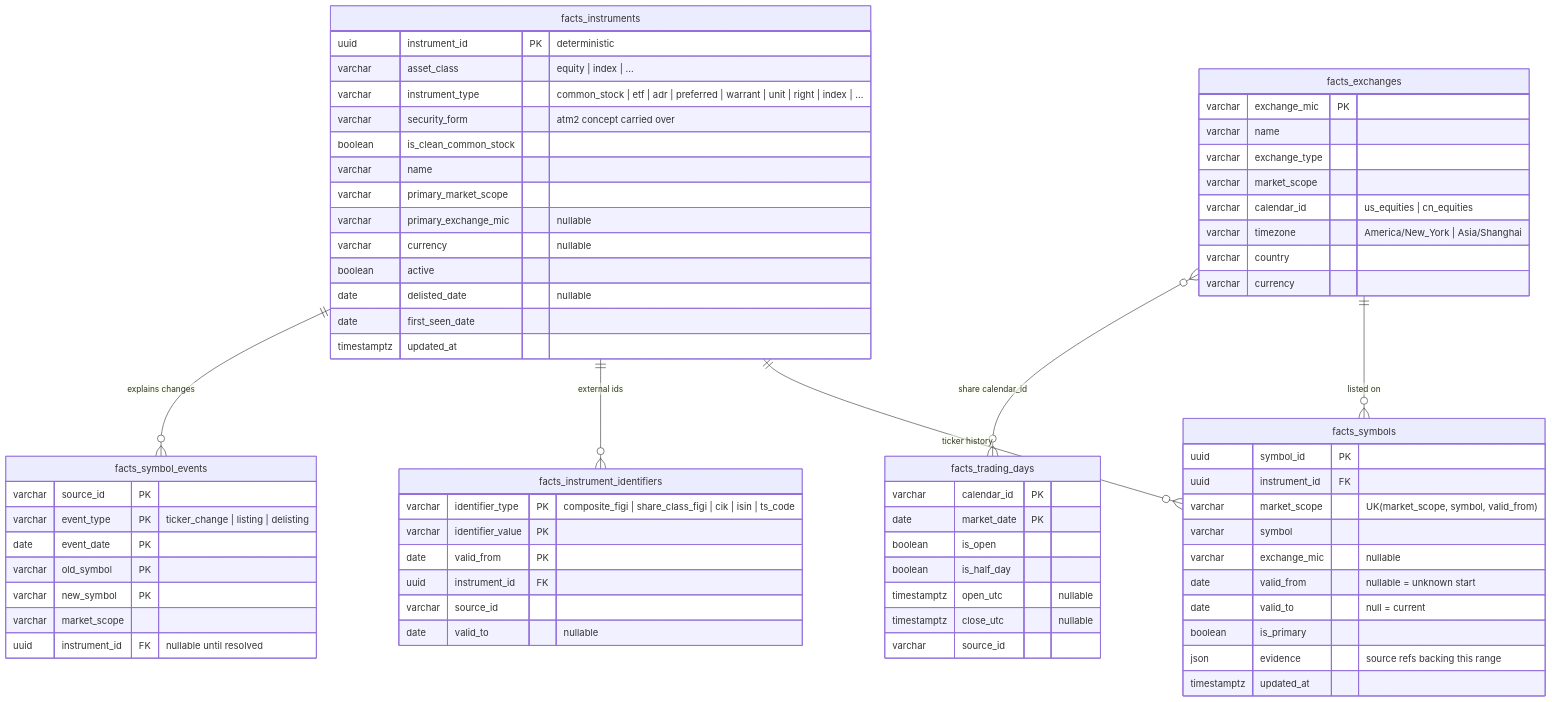
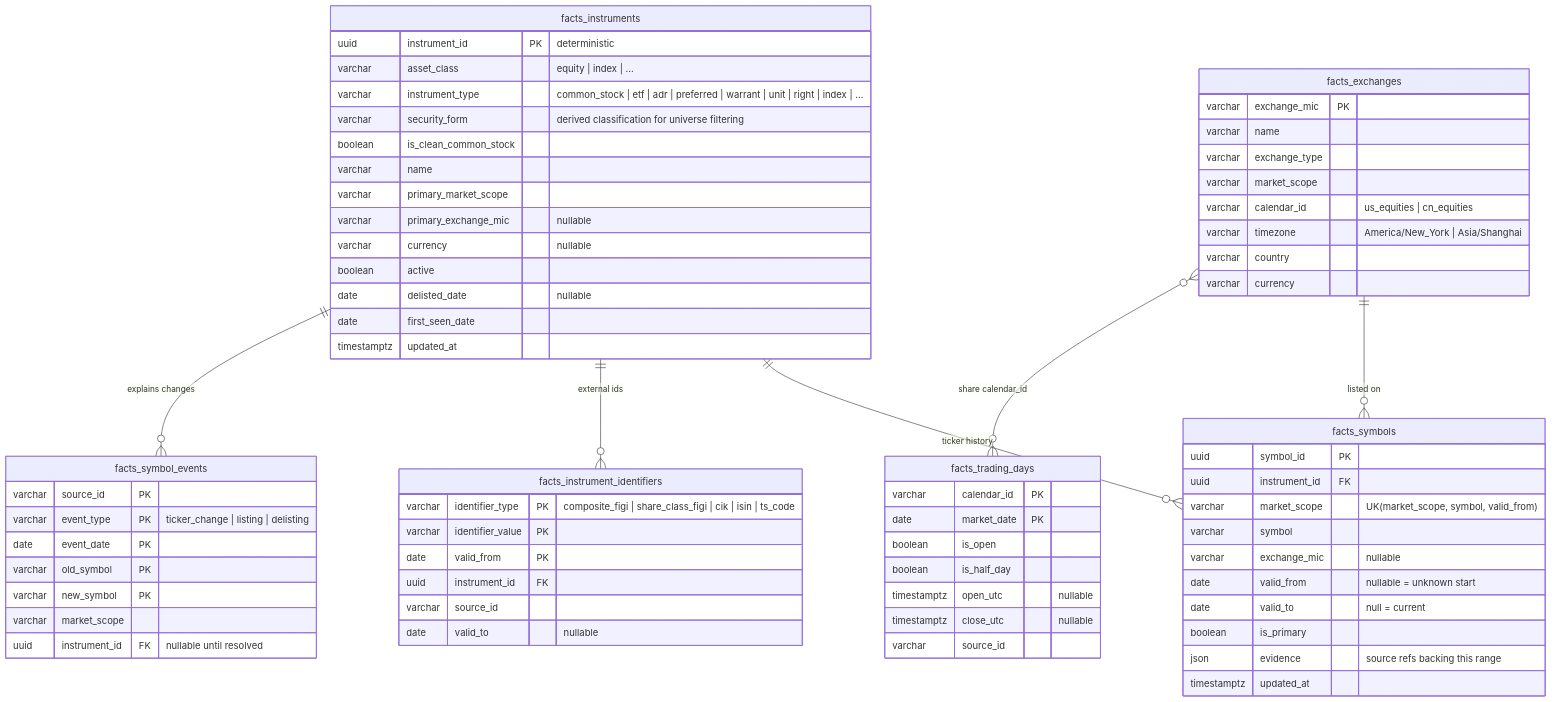
One commit to garysui/atm3 changed the third of 5 diagrams in docs/data-model.md. Above: the diagram before and after it, drawn with Mermaid. The commit also changed other lines of this file and 9 other files, not shown here.

````diff
--- a/docs/data-model.md
+++ b/docs/data-model.md
@@ -153,72 +164,72 @@
 ```mermaid
 erDiagram
   facts_instruments ||--o{ facts_symbols : "ticker history"
   facts_instruments ||--o{ facts_instrument_identifiers : "external ids"
   facts_instruments ||--o{ facts_symbol_events : "explains changes"
   facts_exchanges ||--o{ facts_symbols : "listed on"
   facts_exchanges }o--o{ facts_trading_days : "share calendar_id"
 
   facts_instruments {
     uuid instrument_id PK "deterministic"
     varchar asset_class "equity | index | ..."
     varchar instrument_type "common_stock | etf | adr | preferred | warrant | unit | right | index | ..."
-    varchar security_form "atm2 concept carried over"
+    varchar security_form "derived classification for universe filtering"
     boolean is_clean_common_stock
     varchar name
     varchar primary_market_scope
     varchar primary_exchange_mic "nullable"
     varchar currency "nullable"
     boolean active
     date delisted_date "nullable"
     date first_seen_date
     timestamptz updated_at
   }
   facts_symbols {
     uuid symbol_id PK
     uuid instrument_id FK
     varchar market_scope "UK(market_scope, symbol, valid_from)"
     varchar symbol
     varchar exchange_mic "nullable"
     date valid_from "nullable = unknown start"
     date valid_to "null = current"
     boolean is_primary
     json evidence "source refs backing this range"
     timestamptz updated_at
   }
   facts_instrument_identifiers {
     varchar identifier_type PK "composite_figi | share_class_figi | cik | isin | ts_code"
     varchar identifier_value PK
     date valid_from PK
     uuid instrument_id FK
     varchar source_id
     date valid_to "nullable"
   }
   facts_symbol_events {
     varchar source_id PK
     varchar event_type PK "ticker_change | listing | delisting"
     date event_date PK
     varchar old_symbol PK
     varchar new_symbol PK
     varchar market_scope
     uuid instrument_id FK "nullable until resolved"
   }
   facts_exchanges {
     varchar exchange_mic PK
     varchar name
     varchar exchange_type
     varchar market_scope
     varchar calendar_id "us_equities | cn_equities"
     varchar timezone "America/New_York | Asia/Shanghai"
     varchar country
     varchar currency
   }
   facts_trading_days {
     varchar calendar_id PK
     date market_date PK
     boolean is_open
     boolean is_half_day
     timestamptz open_utc "nullable"
     timestamptz close_utc "nullable"
     varchar source_id
   }
 ```
````
